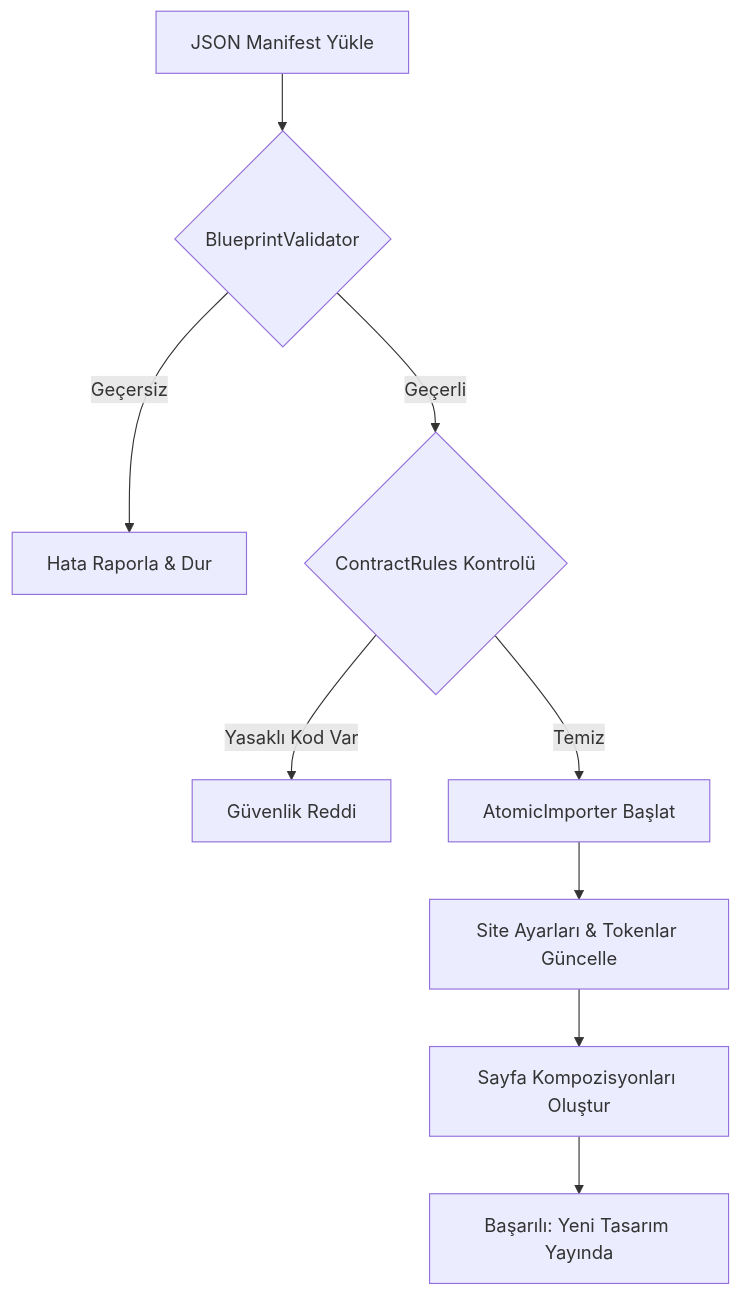
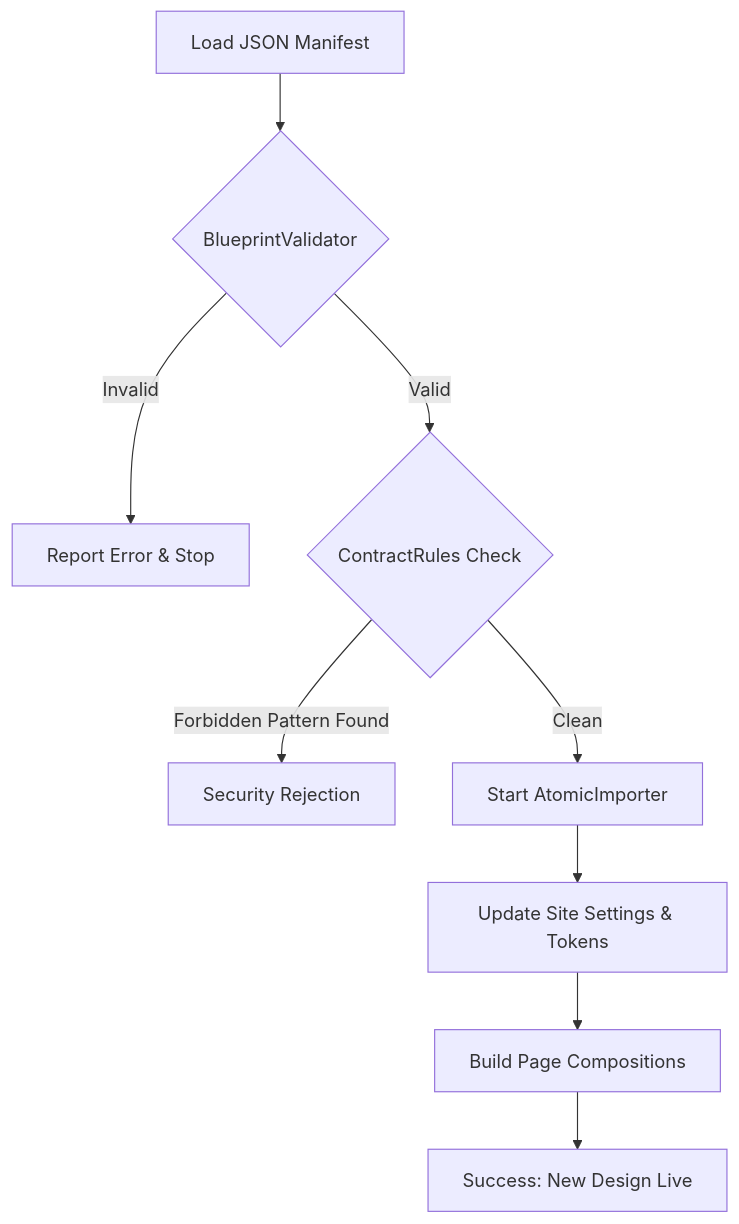
The diagram in docs/04-developer/core/layout-import-pipeline.md (MaxHandMade/mhm-rentiva-docs), drawn with Mermaid before and after one commit. The commit also changed other lines of this file and 347 other files, not shown here.

````diff
--- a/docs/04-developer/core/layout-import-pipeline.md
+++ b/docs/04-developer/core/layout-import-pipeline.md
@@ -35,11 +35,11 @@
 ```mermaid
 graph TD
-    A[JSON Manifest Yükle] --> B{BlueprintValidator}
-    B -- Geçersiz --> C[Hata Raporla & Dur]
-    B -- Geçerli --> D{ContractRules Kontrolü}
-    D -- Yasaklı Kod Var --> E[Güvenlik Reddi]
-    D -- Temiz --> F[AtomicImporter Başlat]
-    F --> G[Site Ayarları & Tokenlar Güncelle]
-    G --> H[Sayfa Kompozisyonları Oluştur]
-    H --> I[Başarılı: Yeni Tasarım Yayında]
+    A[Load JSON Manifest] --> B{BlueprintValidator}
+    B -- Invalid --> C[Report Error & Stop]
+    B -- Valid --> D{ContractRules Check}
+    D -- Forbidden Pattern Found --> E[Security Rejection]
+    D -- Clean --> F[Start AtomicImporter]
+    F --> G[Update Site Settings & Tokens]
+    G --> H[Build Page Compositions]
+    H --> I[Success: New Design Live]
 ```
````
